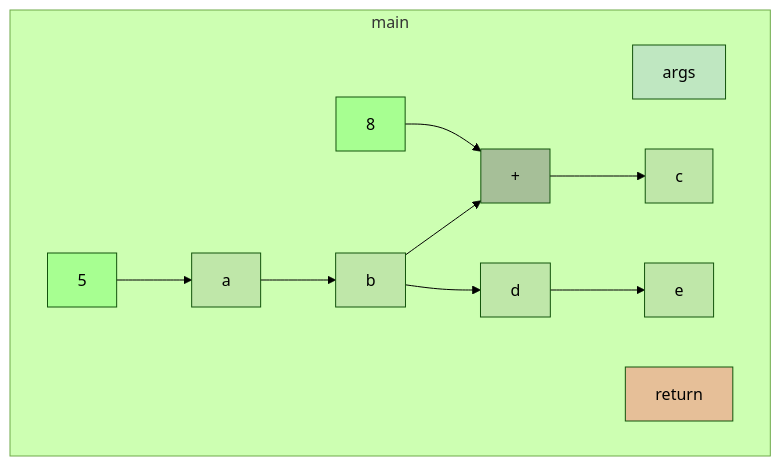
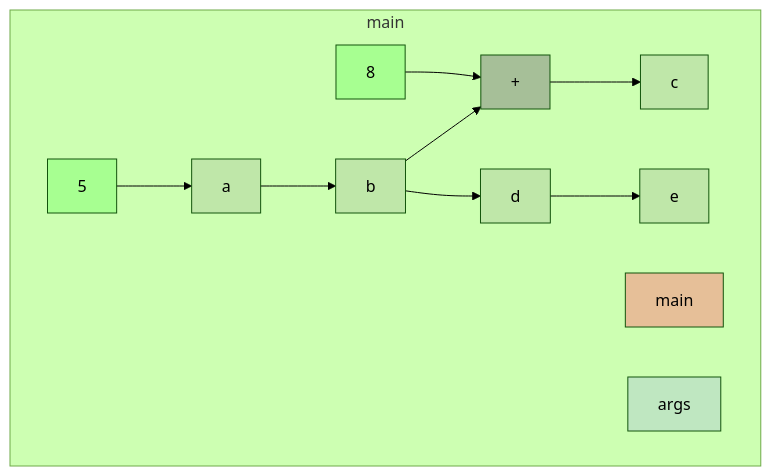
One commit to gstiebler/codeflow changed the diagram in app/src/test/resources/base/truth.md. Above: the diagram before and after it, drawn with Mermaid (forest theme). The commit also changed 12 other files, not shown here.

````diff
--- a/app/src/test/resources/base/truth.md
+++ b/app/src/test/resources/base/truth.md
@@ -1,27 +1,27 @@
 ```mermaid
 flowchart TD
-  subgraph main
-    13677[args]:::FUNC_PARAM
-    13681[a]:::VARIABLE
-    13682[b]:::VARIABLE
-    13683[c]:::VARIABLE
-    13684[d]:::VARIABLE
-    13685[e]:::VARIABLE
-    142168[+]:::BIN_OP
-    429539[8]:::LITERAL
-    463044[5]:::LITERAL
-    826030[return]:::RETURN
-    13681[a]:::VARIABLE --> 13682[b]:::VARIABLE
-    13682[b]:::VARIABLE --> 142168[+]:::BIN_OP
-    13682[b]:::VARIABLE --> 13684[d]:::VARIABLE
-    13684[d]:::VARIABLE --> 13685[e]:::VARIABLE
-    142168[+]:::BIN_OP --> 13683[c]:::VARIABLE
-    429539[8]:::LITERAL --> 142168[+]:::BIN_OP
-    463044[5]:::LITERAL --> 13681[a]:::VARIABLE
+  subgraph 4308940["main"]
+    202069[a]:::VARIABLE
+    205367[5]:::LITERAL
+    209311[b]:::VARIABLE
+    216553[c]:::VARIABLE
+    219647[+]:::BIN_OP
+    221024[8]:::LITERAL
+    229286[d]:::VARIABLE
+    233638[e]:::VARIABLE
+    56996632[main]:::RETURN
+    1296518992[args]:::FUNC_PARAM
+    202069[a]:::VARIABLE --> 209311[b]:::VARIABLE
+    205367[5]:::LITERAL --> 202069[a]:::VARIABLE
+    209311[b]:::VARIABLE --> 219647[+]:::BIN_OP
+    209311[b]:::VARIABLE --> 229286[d]:::VARIABLE
+    219647[+]:::BIN_OP --> 216553[c]:::VARIABLE
+    221024[8]:::LITERAL --> 219647[+]:::BIN_OP
+    229286[d]:::VARIABLE --> 233638[e]:::VARIABLE
   end
   classDef LITERAL fill:#00FF0030
   classDef VARIABLE fill:#80808030
   classDef BIN_OP fill:#80808080
   classDef FUNC_PARAM fill:#8080FF30
   classDef RETURN fill:#FF808080
 ```
````
